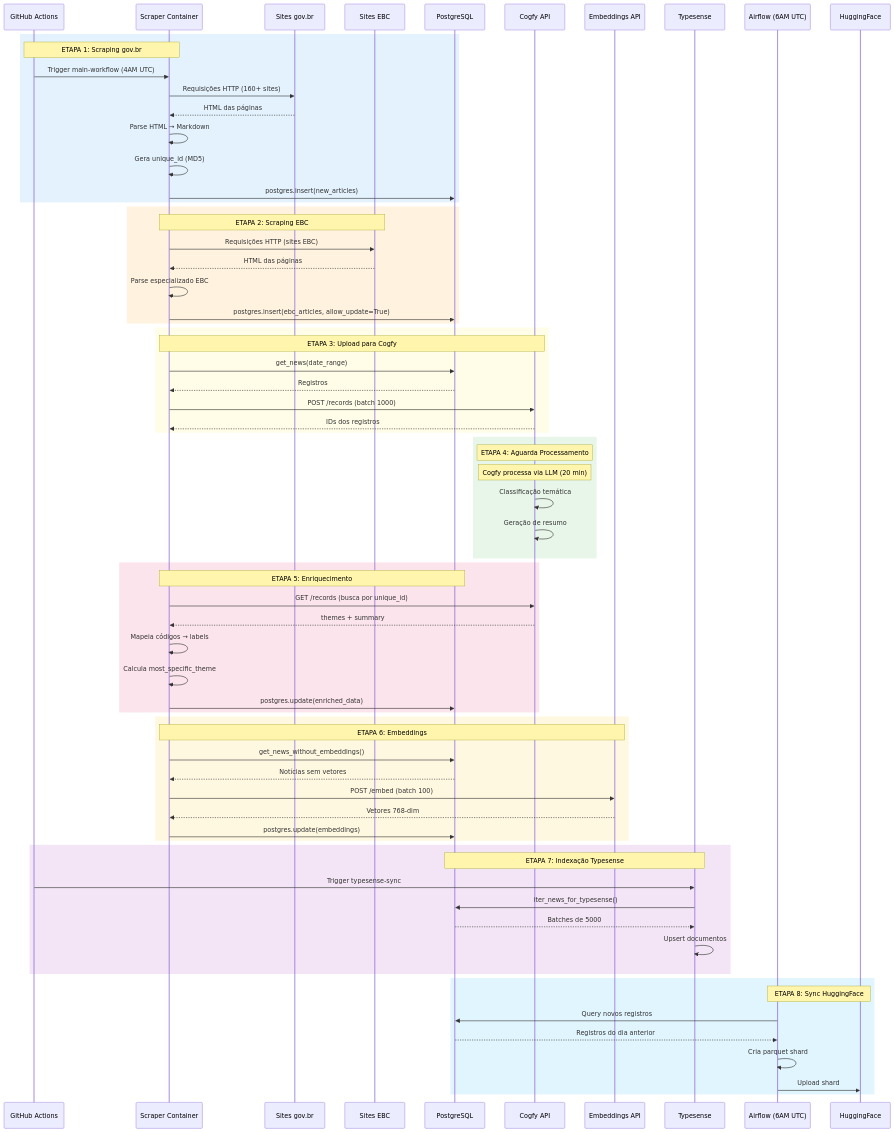
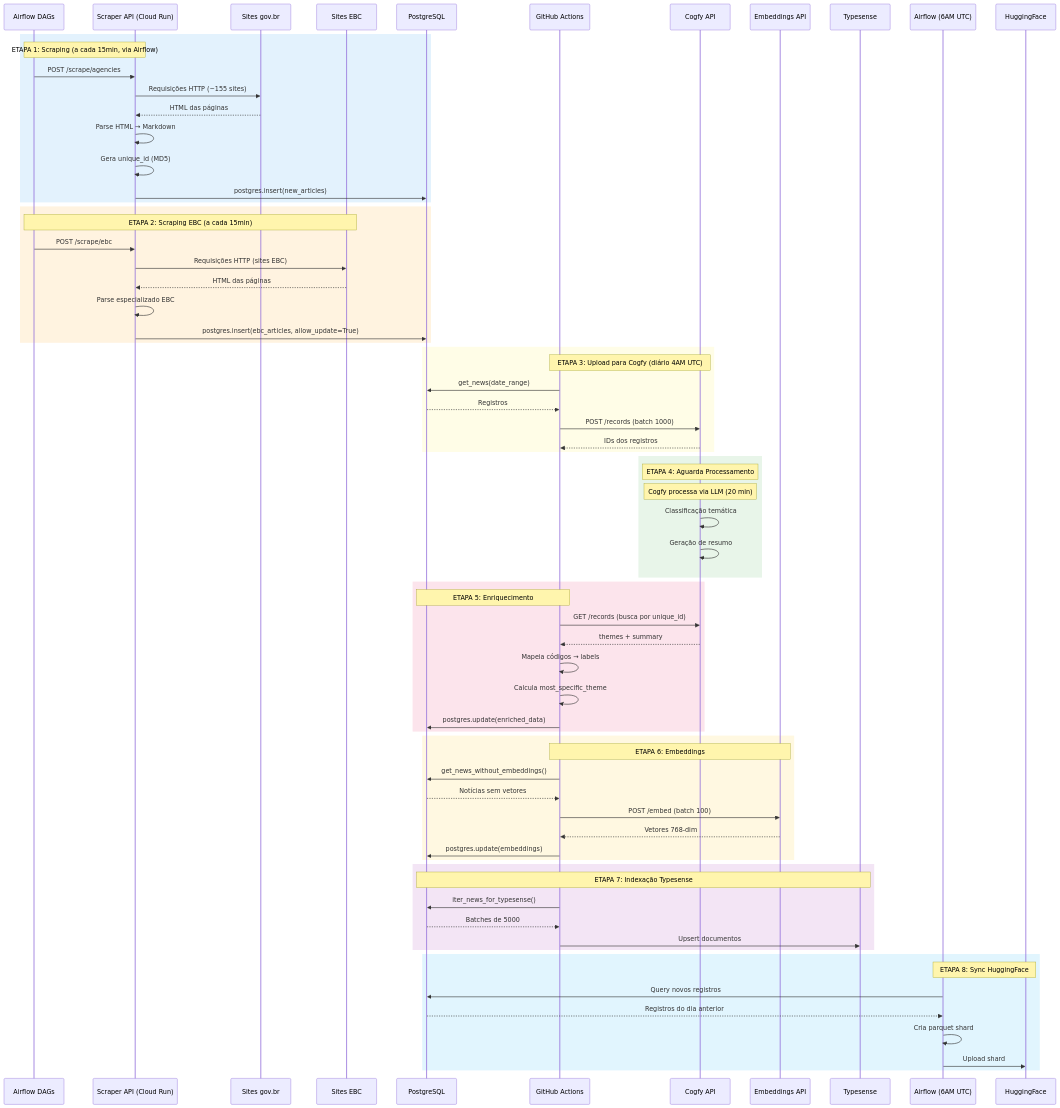
Before and after one commit to destaquesgovbr/docs: the diagram in docs/arquitetura/fluxo-de-dados.md, drawn with Mermaid. The commit also changed other lines of this file and 6 other files, not shown here.

````diff
--- a/docs/arquitetura/fluxo-de-dados.md
+++ b/docs/arquitetura/fluxo-de-dados.md
@@ -9,80 +12,81 @@
 ```mermaid
 sequenceDiagram
-    participant GH as GitHub Actions
-    participant SC as Scraper Container
+    participant AF as Airflow DAGs
+    participant API as Scraper API (Cloud Run)
     participant GOV as Sites gov.br
     participant EBC as Sites EBC
     participant PG as PostgreSQL
+    participant GH as GitHub Actions
     participant CF as Cogfy API
     participant EMB as Embeddings API
     participant TS as Typesense
-    participant AF as Airflow (6AM UTC)
+    participant AF2 as Airflow (6AM UTC)
     participant HF as HuggingFace
 
     rect rgb(227, 242, 253)
-        Note over GH,SC: ETAPA 1: Scraping gov.br
-        GH->>SC: Trigger main-workflow (4AM UTC)
-        SC->>GOV: Requisições HTTP (160+ sites)
-        GOV-->>SC: HTML das páginas
-        SC->>SC: Parse HTML → Markdown
-        SC->>SC: Gera unique_id (MD5)
-        SC->>PG: postgres.insert(new_articles)
+        Note over AF,API: ETAPA 1: Scraping (a cada 15min, via Airflow)
+        AF->>API: POST /scrape/agencies
+        API->>GOV: Requisições HTTP (~155 sites)
+        GOV-->>API: HTML das páginas
+        API->>API: Parse HTML → Markdown
+        API->>API: Gera unique_id (MD5)
+        API->>PG: postgres.insert(new_articles)
     end
 
     rect rgb(255, 243, 224)
-        Note over SC,EBC: ETAPA 2: Scraping EBC
-        SC->>EBC: Requisições HTTP (sites EBC)
-        EBC-->>SC: HTML das páginas
-        SC->>SC: Parse especializado EBC
-        SC->>PG: postgres.insert(ebc_articles, allow_update=True)
+        Note over AF,EBC: ETAPA 2: Scraping EBC (a cada 15min)
+        AF->>API: POST /scrape/ebc
+        API->>EBC: Requisições HTTP (sites EBC)
+        EBC-->>API: HTML das páginas
+        API->>API: Parse especializado EBC
+        API->>PG: postgres.insert(ebc_articles, allow_update=True)
     end
 
     rect rgb(255, 253, 231)
-        Note over SC,CF: ETAPA 3: Upload para Cogfy
-        SC->>PG: get_news(date_range)
-        PG-->>SC: Registros
-        SC->>CF: POST /records (batch 1000)
-        CF-->>SC: IDs dos registros
+        Note over GH,CF: ETAPA 3: Upload para Cogfy (diário 4AM UTC)
+        GH->>PG: get_news(date_range)
+        PG-->>GH: Registros
+        GH->>CF: POST /records (batch 1000)
+        CF-->>GH: IDs dos registros
     end
 
     rect rgb(232, 245, 233)
         Note over CF: ETAPA 4: Aguarda Processamento
         Note over CF: Cogfy processa via LLM (20 min)
         CF->>CF: Classificação temática
         CF->>CF: Geração de resumo
     end
 
     rect rgb(252, 228, 236)
-        Note over SC,PG: ETAPA 5: Enriquecimento
-        SC->>CF: GET /records (busca por unique_id)
-        CF-->>SC: themes + summary
-        SC->>SC: Mapeia códigos → labels
-        SC->>SC: Calcula most_specific_theme
-        SC->>PG: postgres.update(enriched_data)
+        Note over GH,PG: ETAPA 5: Enriquecimento
+        GH->>CF: GET /records (busca por unique_id)
+        CF-->>GH: themes + summary
+        GH->>GH: Mapeia códigos → labels
+        GH->>GH: Calcula most_specific_theme
+        GH->>PG: postgres.update(enriched_data)
     end
 
     rect rgb(255, 248, 225)
-        Note over SC,EMB: ETAPA 6: Embeddings
-        SC->>PG: get_news_without_embeddings()
-        PG-->>SC: Notícias sem vetores
-        SC->>EMB: POST /embed (batch 100)
-        EMB-->>SC: Vetores 768-dim
-        SC->>PG: postgres.update(embeddings)
+        Note over GH,EMB: ETAPA 6: Embeddings
+        GH->>PG: get_news_without_embeddings()
+        PG-->>GH: Notícias sem vetores
+        GH->>EMB: POST /embed (batch 100)
+        EMB-->>GH: Vetores 768-dim
+        GH->>PG: postgres.update(embeddings)
     end
 
     rect rgb(243, 229, 245)
         Note over TS,PG: ETAPA 7: Indexação Typesense
-        GH->>TS: Trigger typesense-sync
-        TS->>PG: iter_news_for_typesense()
-        PG-->>TS: Batches de 5000
-        TS->>TS: Upsert documentos
+        GH->>PG: iter_news_for_typesense()
+        PG-->>GH: Batches de 5000
+        GH->>TS: Upsert documentos
     end
 
     rect rgb(225, 245, 254)
-        Note over AF,HF: ETAPA 8: Sync HuggingFace
-        AF->>PG: Query novos registros
-        PG-->>AF: Registros do dia anterior
-        AF->>AF: Cria parquet shard
-        AF->>HF: Upload shard
+        Note over AF2,HF: ETAPA 8: Sync HuggingFace
+        AF2->>PG: Query novos registros
+        PG-->>AF2: Registros do dia anterior
+        AF2->>AF2: Cria parquet shard
+        AF2->>HF: Upload shard
     end
 ```
````
